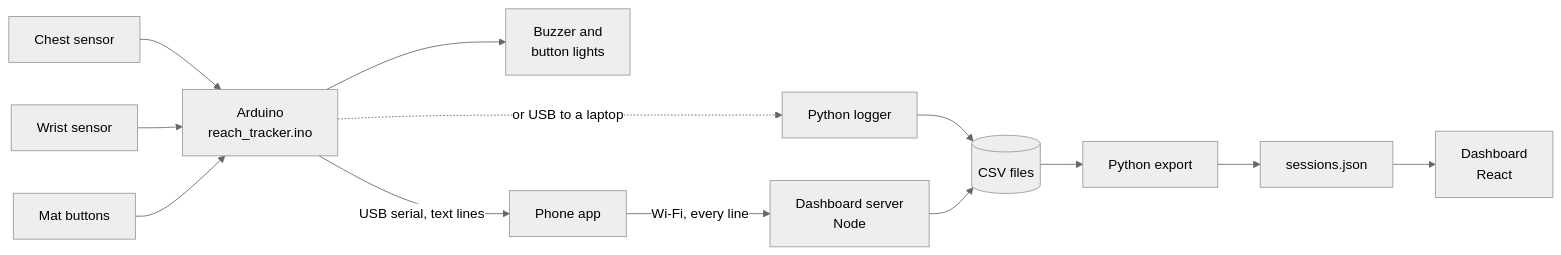
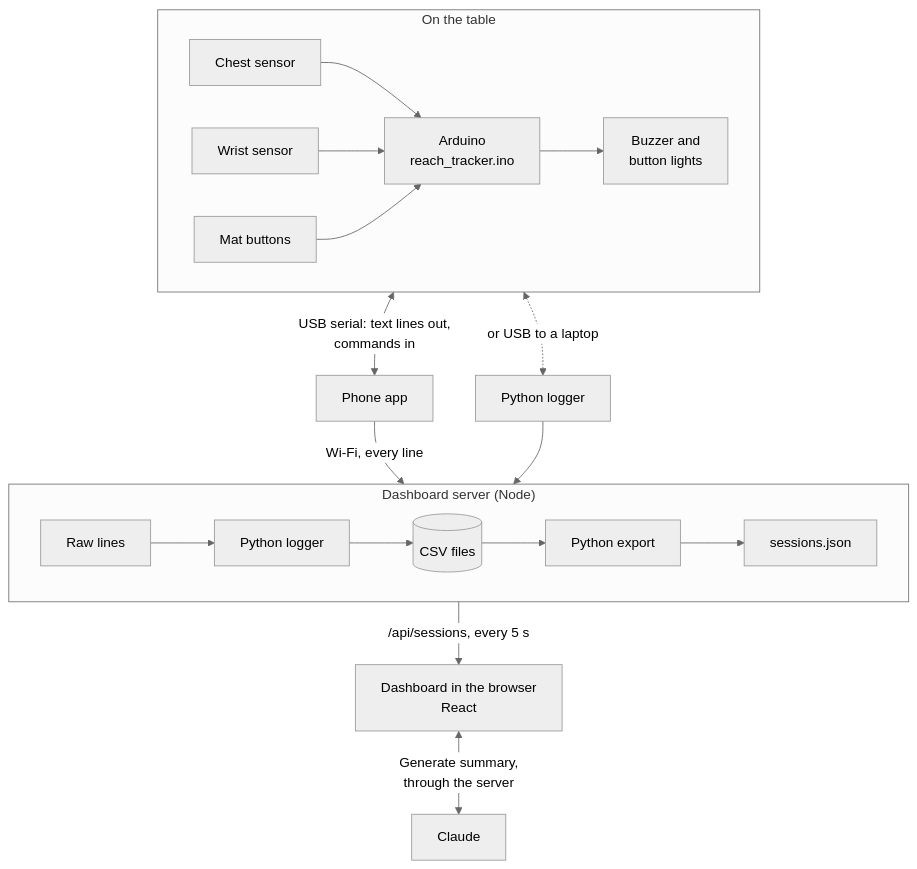
One commit to vinyx1/ReMotion changed the diagram in README.md. Above: the diagram before and after it, drawn with Mermaid (neutral theme). The commit also changed other lines of this file, not shown here.

Commit message:
README: architecture diagram matches the code (two-way serial, server runs logger and export, /api/sessions, Claude summaries), drawn top to bottom

````diff
--- a/README.md
+++ b/README.md
@@ -79,13 +79,20 @@
 ```mermaid
-flowchart LR
-    S1[Chest sensor] --> A
-    S2[Wrist sensor] --> A
-    B[Mat buttons] --> A
-    A[Arduino<br/>reach_tracker.ino] --> Z[Buzzer and<br/>button lights]
-    A -- "USB serial, text lines" --> P[Phone app]
-    A -. "or USB to a laptop" .-> L[Python logger]
-    P -- "Wi-Fi, every line" --> W[Dashboard server<br/>Node]
-    L --> D[(CSV files)]
-    W --> D
-    D --> E[Python export] --> J[sessions.json] --> UI[Dashboard<br/>React]
+flowchart TB
+    subgraph DEV["On the table"]
+        direction LR
+        S1[Chest sensor] --> A
+        S2[Wrist sensor] --> A
+        B[Mat buttons] --> A
+        A[Arduino<br/>reach_tracker.ino] --> Z[Buzzer and<br/>button lights]
+    end
+    A <-- "USB serial: text lines out,<br/>commands in" --> P[Phone app]
+    A <-. "or USB to a laptop" .-> L[Python logger]
+    subgraph SRV["Dashboard server (Node)"]
+        direction LR
+        R[Raw lines] --> PL[Python logger] --> C[(CSV files)] --> E[Python export] --> J[sessions.json]
+    end
+    P -- "Wi-Fi, every line" --> R
+    L --> C
+    J -- "/api/sessions, every 5 s" --> UI[Dashboard in the browser<br/>React]
+    UI <-- "Generate summary,<br/>through the server" --> CL[Claude]
 ```
````
